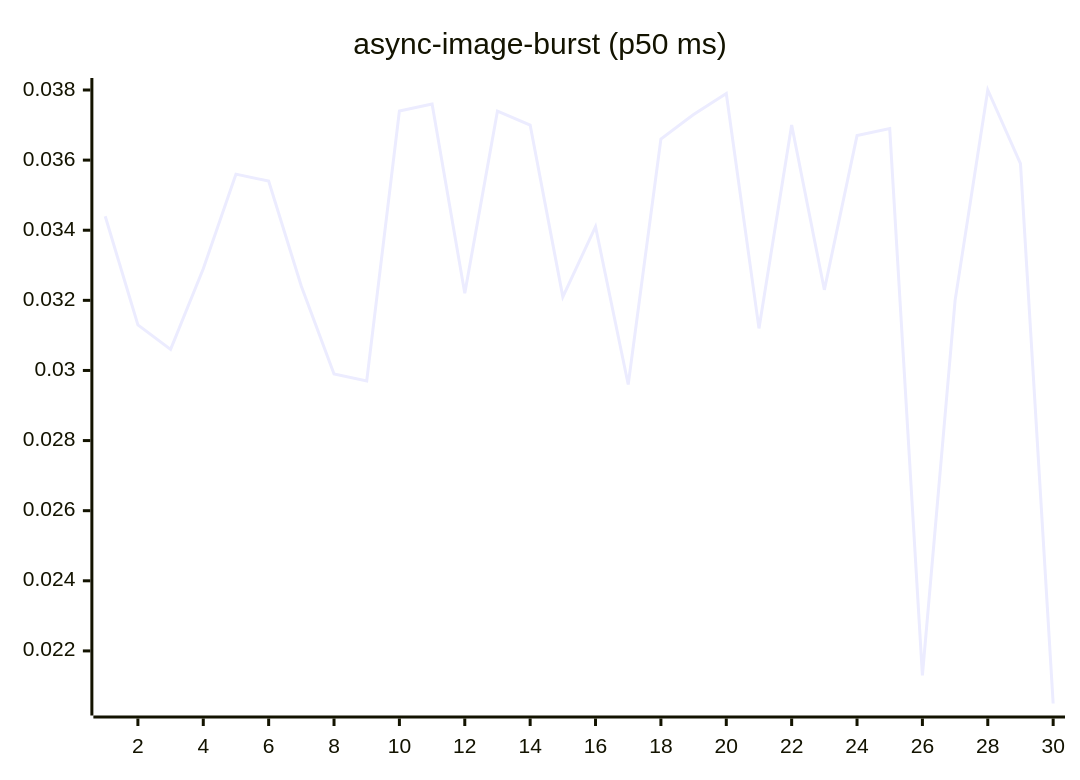
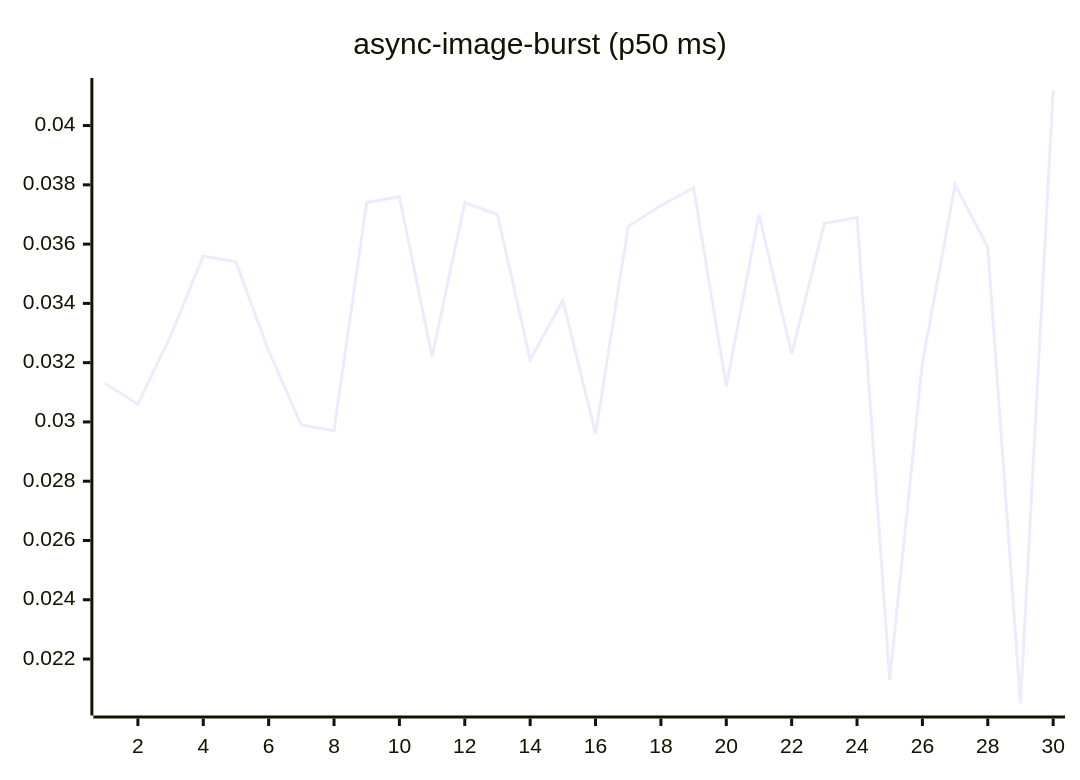
The fourth of 27 diagrams in README.md (josha/Facet), drawn with Mermaid before and after one commit. The commit also changed other lines of this file and 2 other files, not shown here.

````diff
--- a/README.md
+++ b/README.md
@@ -84,6 +84,6 @@
 ```mermaid
 xychart-beta
     title "async-image-burst (p50 ms)"
     x-axis 1 --> 30
-    line [0.0344, 0.0313, 0.0306, 0.0329, 0.0356, 0.0354, 0.0324, 0.0299, 0.0297, 0.0374, 0.0376, 0.0322, 0.0374, 0.0370, 0.0321, 0.0341, 0.0296, 0.0366, 0.0373, 0.0379, 0.0312, 0.0370, 0.0323, 0.0367, 0.0369, 0.0213, 0.0320, 0.0380, 0.0359, 0.0205]
+    line [0.0313, 0.0306, 0.0329, 0.0356, 0.0354, 0.0324, 0.0299, 0.0297, 0.0374, 0.0376, 0.0322, 0.0374, 0.0370, 0.0321, 0.0341, 0.0296, 0.0366, 0.0373, 0.0379, 0.0312, 0.0370, 0.0323, 0.0367, 0.0369, 0.0213, 0.0320, 0.0380, 0.0359, 0.0205, 0.0412]
 ```
````
